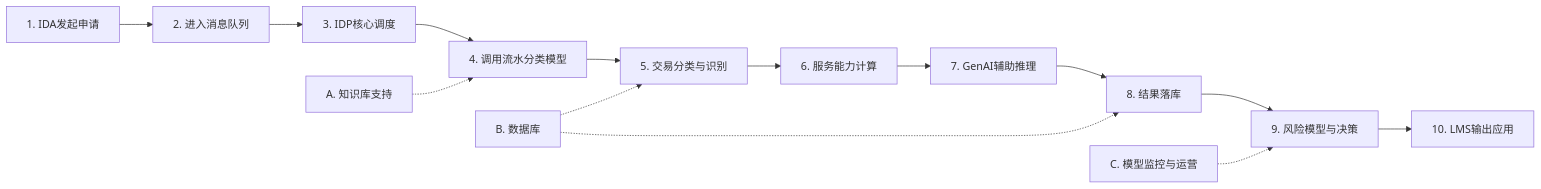
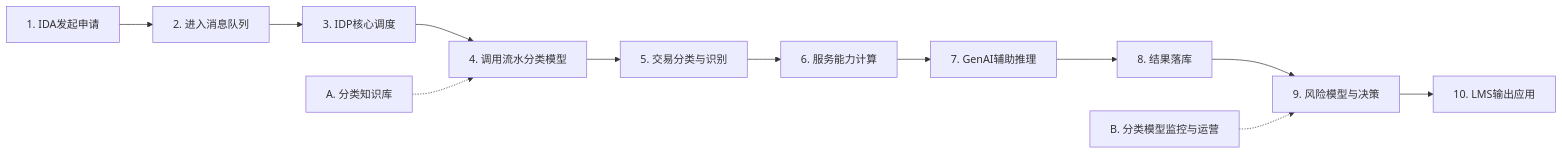
The diagram in 端到端流程与模型规划.md (EliamZhang/AI-report-materials---August-13th), drawn with Mermaid before and after one commit. The commit also changed other lines of this file, not shown here.

Commit message:
端到端流程与模型规划精简：支撑能力移除「B. 数据库」，A 改名「分类知识库」、监控改名「分类模型监控与运营」并顺位为 B，mermaid 图同步删除数据库连线并更新节点标签；「这一版链路的核心取舍」移至第一部分流程图之后；第二部分删除「当前链路」引用与「定位｜轻量 IDA」块、「目标」段，专人跟踪改为「真实调用后安排一个实习生持续跟进」

````diff
--- a/端到端流程与模型规划.md
+++ b/端到端流程与模型规划.md
@@ -73,17 +68,15 @@
 ```mermaid
 flowchart LR
     A1[1. IDA发起申请] --> A2[2. 进入消息队列]
     A2 --> B1[3. IDP核心调度]
     B1 --> B2[4. 调用流水分类模型]
     B2 --> C1[5. 交易分类与识别]
     C1 --> C2[6. 服务能力计算]
     C2 --> C3[7. GenAI辅助推理]
     C3 --> C4[8. 结果落库]
     C4 --> D1[9. 风险模型与决策]
     D1 --> D2[10. LMS输出应用]
 
-    K[A. 知识库支持] -.-> B2
-    DB[B. 数据库] -.-> C1
-    DB -.-> C4
-    M[C. 模型监控与运营] -.-> D1
+    K[A. 分类知识库] -.-> B2
+    M[B. 分类模型监控与运营] -.-> D1
 ```
````
